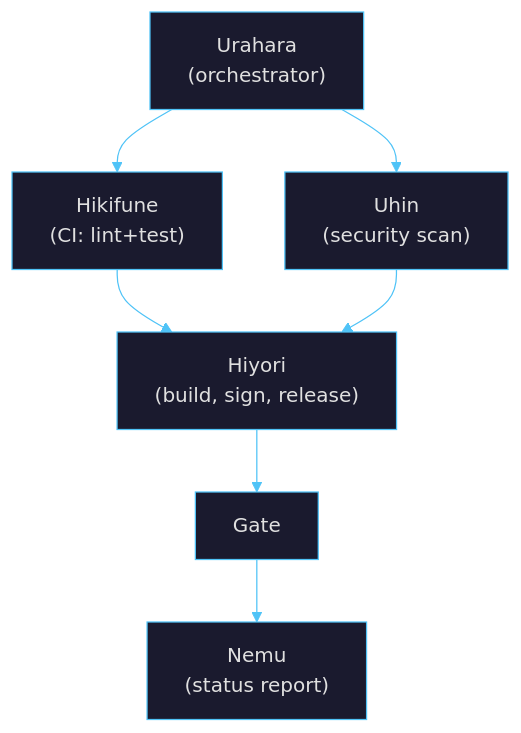
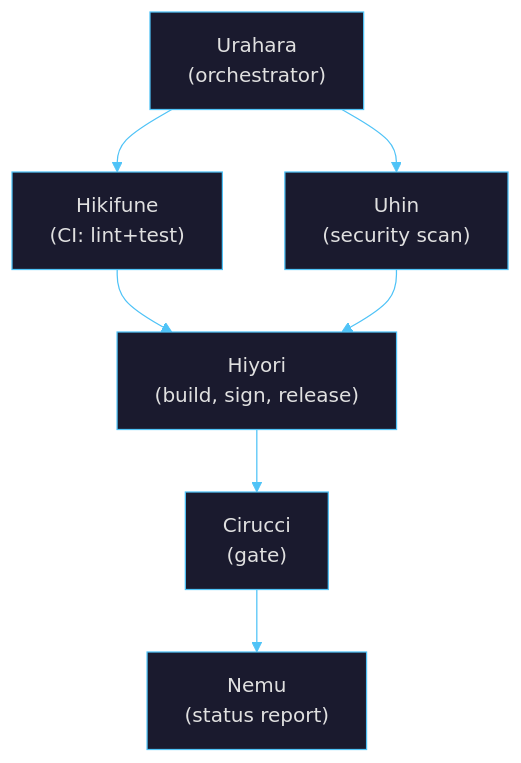
One commit to borninthedark/exousia changed the second of 2 diagrams in README.md. Above: the diagram before and after it, drawn with Mermaid. The commit also changed 4 other files, not shown here.

````diff
--- a/README.md
+++ b/README.md
@@ -99,9 +99,9 @@
 ```mermaid
 %%{init: {'theme': 'base', 'themeVariables': {'primaryColor': '#1a1a2e', 'primaryTextColor': '#e0e0e0', 'primaryBorderColor': '#4fc3f7', 'lineColor': '#4fc3f7', 'secondaryColor': '#16213e', 'tertiaryColor': '#0f3460', 'edgeLabelBackground': '#1a1a2e'}}}%%
 graph TD
     A["Urahara<br/>(orchestrator)"] --> B["Hikifune<br/>(CI: lint+test)"]
     A --> C["Uhin<br/>(security scan)"]
     B & C --> D["Hiyori<br/>(build, sign, release)"]
-    D --> E["Gate"]
+    D --> E["Cirucci<br/>(gate)"]
     E --> F["Nemu<br/>(status report)"]
 ```
````
